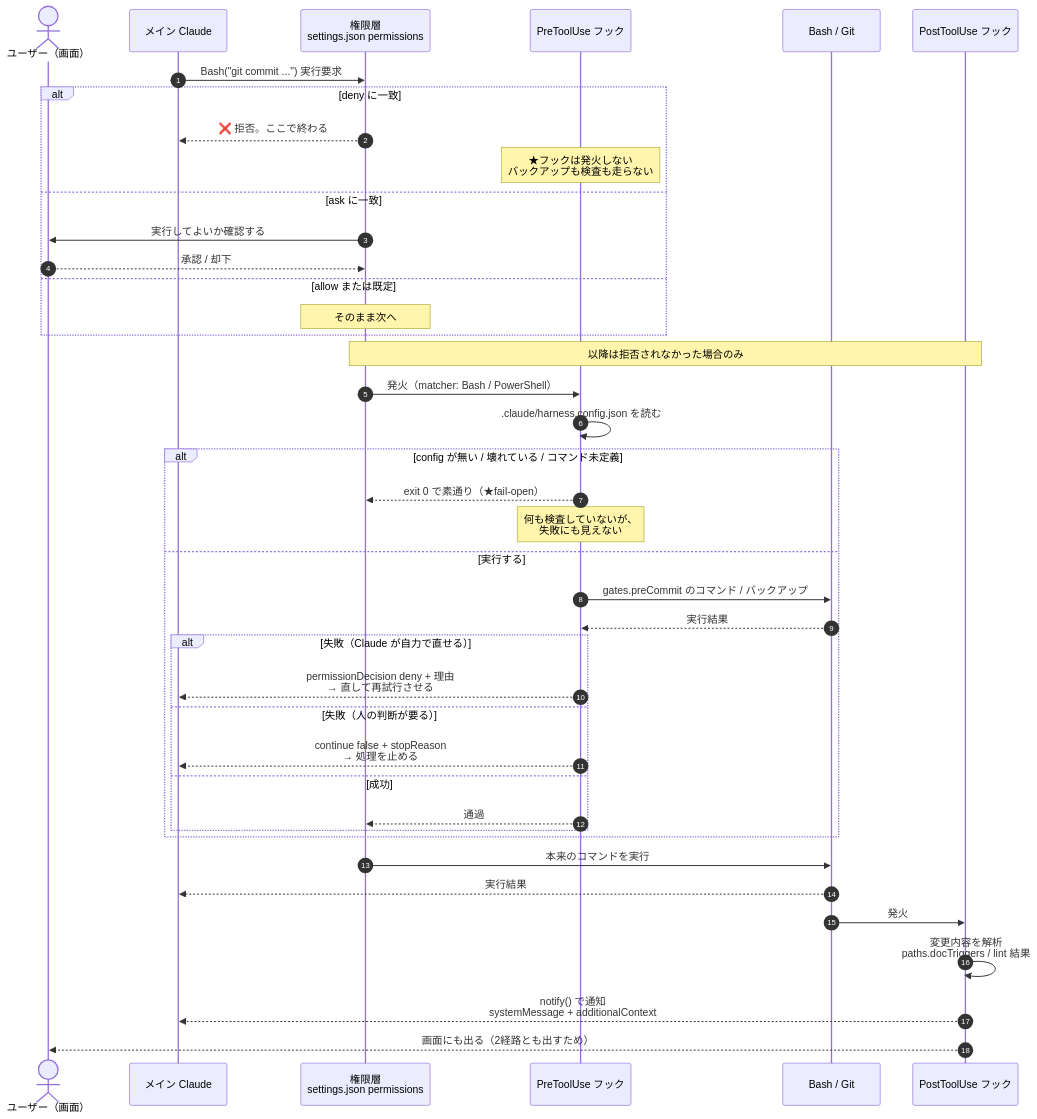
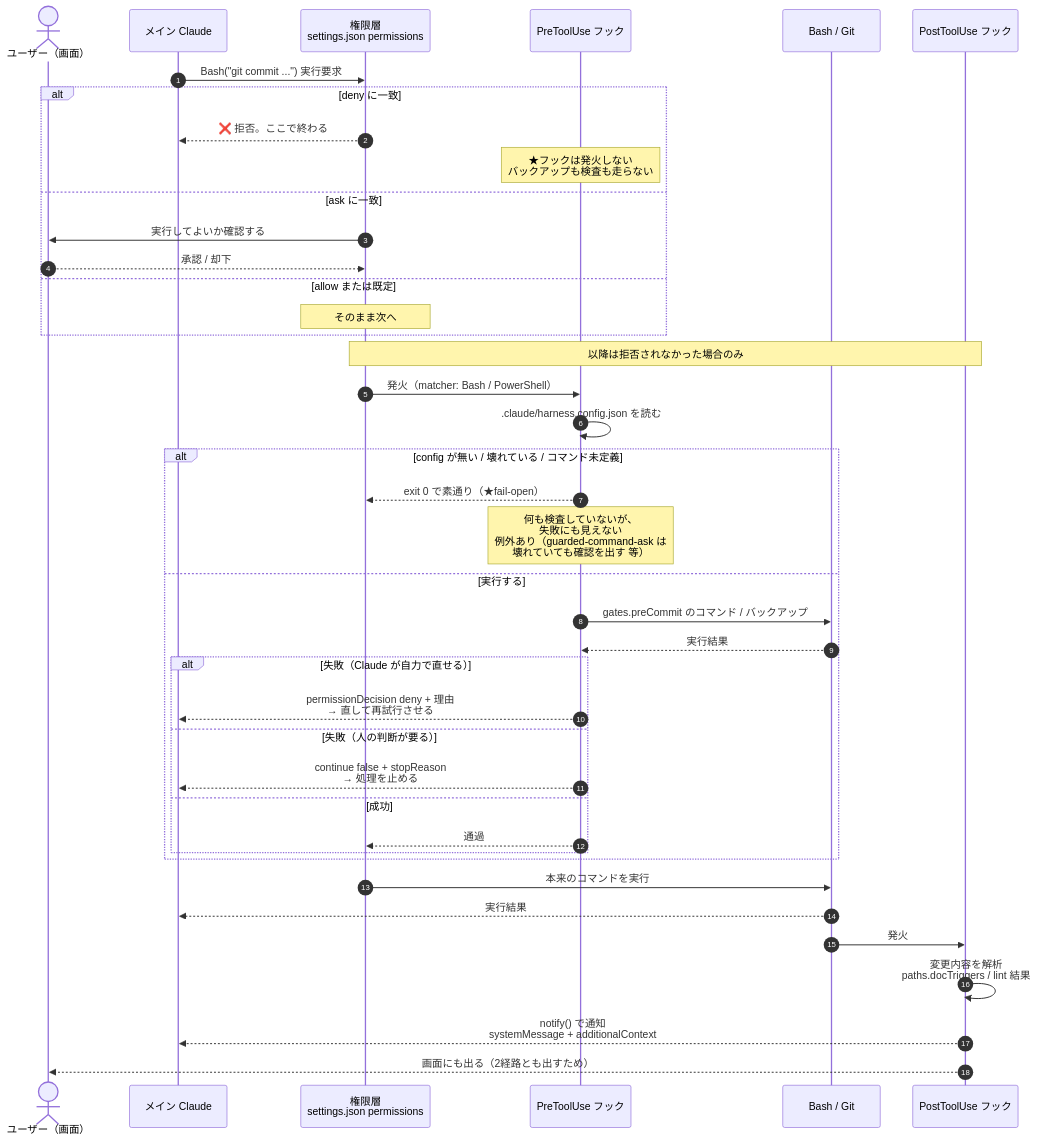
One commit to mizuta0711/claude-dev-harness changed the diagram in docs/diagrams/05_フック発火タイミング図.md. Above: the diagram before and after it, drawn with Mermaid. The commit also changed other lines of this file and 15 other files, not shown here.

````diff
--- a/docs/diagrams/05_フック発火タイミング図.md
+++ b/docs/diagrams/05_フック発火タイミング図.md
@@ -30,50 +30,50 @@
 ```mermaid
 sequenceDiagram
     autonumber
     actor User as ユーザー（画面）
     participant Claude as メイン Claude
     participant Perm as 権限層<br/>settings.json permissions
     participant Pre as PreToolUse フック
     participant Bash as Bash / Git
     participant Post as PostToolUse フック
 
     Claude->>Perm: Bash("git commit ...") 実行要求
 
     alt deny に一致
         Perm-->>Claude: ❌ 拒否。ここで終わる
         Note over Pre: ★フックは発火しない<br/>バックアップも検査も走らない
     else ask に一致
         Perm->>User: 実行してよいか確認する
         User-->>Perm: 承認 / 却下
     else allow または既定
         Note over Perm: そのまま次へ
     end
 
     Note over Perm,Post: 以降は拒否されなかった場合のみ
 
     Perm->>Pre: 発火（matcher: Bash / PowerShell）
     Pre->>Pre: .claude/harness.config.json を読む
 
     alt config が無い / 壊れている / コマンド未定義
         Pre-->>Perm: exit 0 で素通り（★fail-open）
-        Note over Pre: 何も検査していないが、<br/>失敗にも見えない
+        Note over Pre: 何も検査していないが、<br/>失敗にも見えない<br/>例外あり（guarded-command-ask は<br/>壊れていても確認を出す 等）
     else 実行する
         Pre->>Bash: gates.preCommit のコマンド / バックアップ
         Bash-->>Pre: 実行結果
         alt 失敗（Claude が自力で直せる）
             Pre-->>Claude: permissionDecision deny + 理由<br/>→ 直して再試行させる
         else 失敗（人の判断が要る）
             Pre-->>Claude: continue false + stopReason<br/>→ 処理を止める
         else 成功
             Pre-->>Perm: 通過
         end
     end
 
     Perm->>Bash: 本来のコマンドを実行
     Bash-->>Claude: 実行結果
     Bash->>Post: 発火
 
     Post->>Post: 変更内容を解析<br/>paths.docTriggers / lint 結果
     Post-->>Claude: notify() で通知<br/>systemMessage + additionalContext
     Post-->>User: 画面にも出る（2経路とも出すため）
 ```
````
